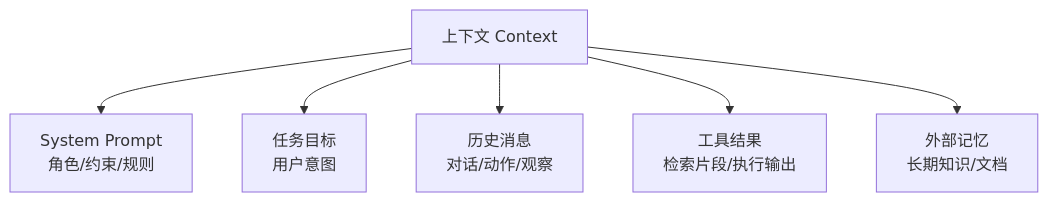
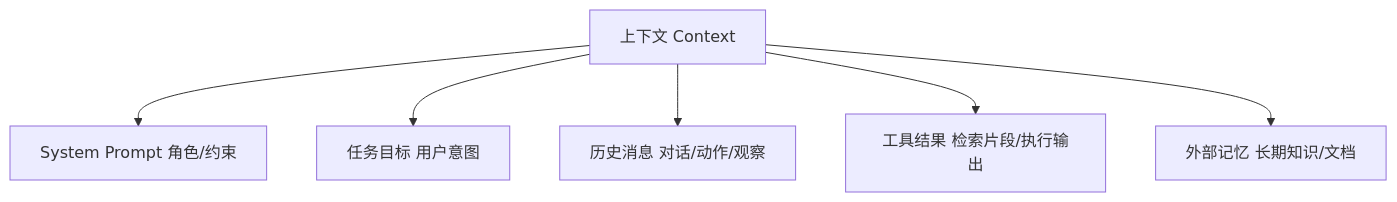
One commit to inspire-man/frontend-knowledge-base changed the diagram in frontend-knowledge-base/卷十一-AIAgentHarness与提示词工程/11.4-上下文工程.md. Above: the diagram before and after it, drawn with Mermaid. The commit also changed other lines of this file and 7 other files, not shown here.

````diff
--- a/frontend-knowledge-base/卷十一-AIAgentHarness与提示词工程/11.4-上下文工程.md
+++ b/frontend-knowledge-base/卷十一-AIAgentHarness与提示词工程/11.4-上下文工程.md
@@ -24,8 +24,8 @@
 ```mermaid
 flowchart TD
-    A[上下文 Context] --> B[System Prompt<br/>角色/约束/规则]
-    A --> C[任务目标<br/>用户意图]
-    A --> D[历史消息<br/>对话/动作/观察]
-    A --> E[工具结果<br/>检索片段/执行输出]
-    A --> F[外部记忆<br/>长期知识/文档]
+    A[上下文 Context] --> B[System Prompt 角色/约束]
+    A --> C[任务目标 用户意图]
+    A --> D[历史消息 对话/动作/观察]
+    A --> E[工具结果 检索片段/执行输出]
+    A --> F[外部记忆 长期知识/文档]
 ```
````
